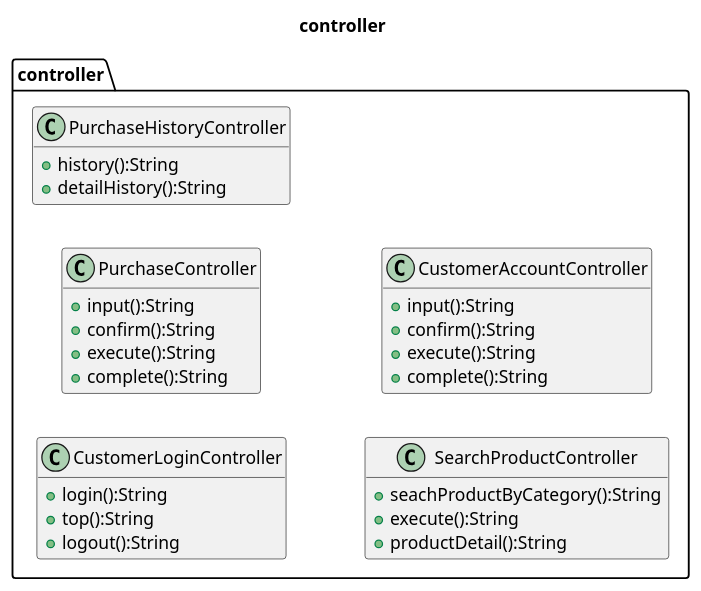
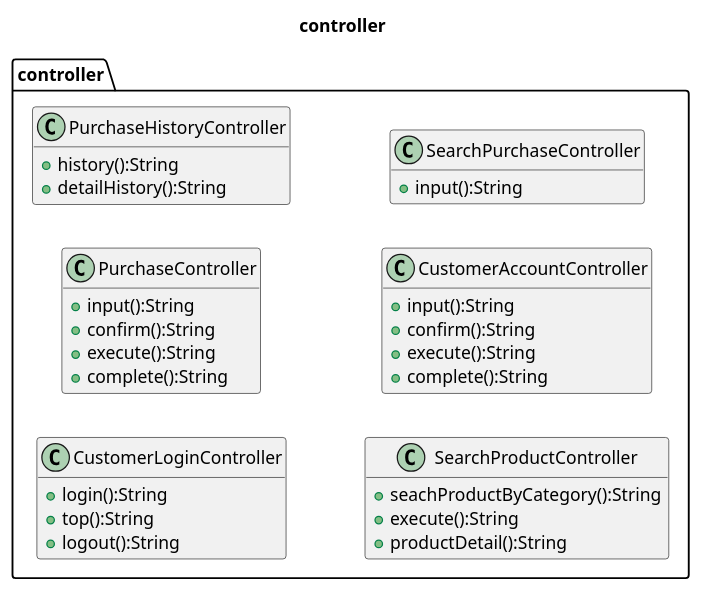
The diagram in plan/uml/class/front-end/controller.plantuml (kanavii3333/ec-b), drawn with PlantUML before and after one commit. The commit also changed 12 other files, not shown here.

Commit message:
次工程クラス図等

```diff
--- a/plan/uml/class/front-end/controller.plantuml
+++ b/plan/uml/class/front-end/controller.plantuml
@@ -1,35 +1,38 @@
 @startuml
 title controller
 hide empty members
 left to right direction
 
 package controller{
     class CustomerLoginController{
         +login():String
         +top():String
         +logout():String
     }
     class PurchaseController{
         +input():String
         +confirm():String
         +execute():String
         +complete():String
     }
     class PurchaseHistoryController{
         +history():String
         +detailHistory():String
     }
     class SearchProductController{
         +seachProductByCategory():String
         +execute():String
         +productDetail():String
     }
     class CustomerAccountController{
         +input():String
         +confirm():String
         +execute():String
         +complete():String
     }
+    class SearchPurchaseController{
+        +input():String
+    }
 }
 
 @enduml
```
